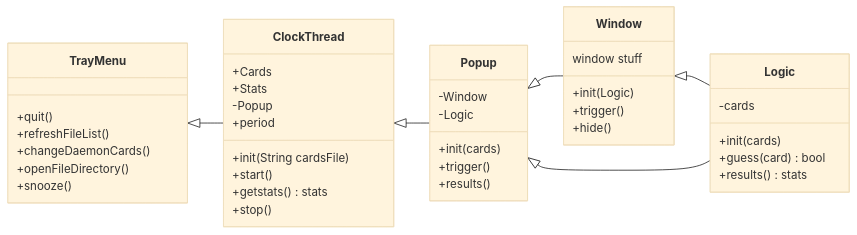
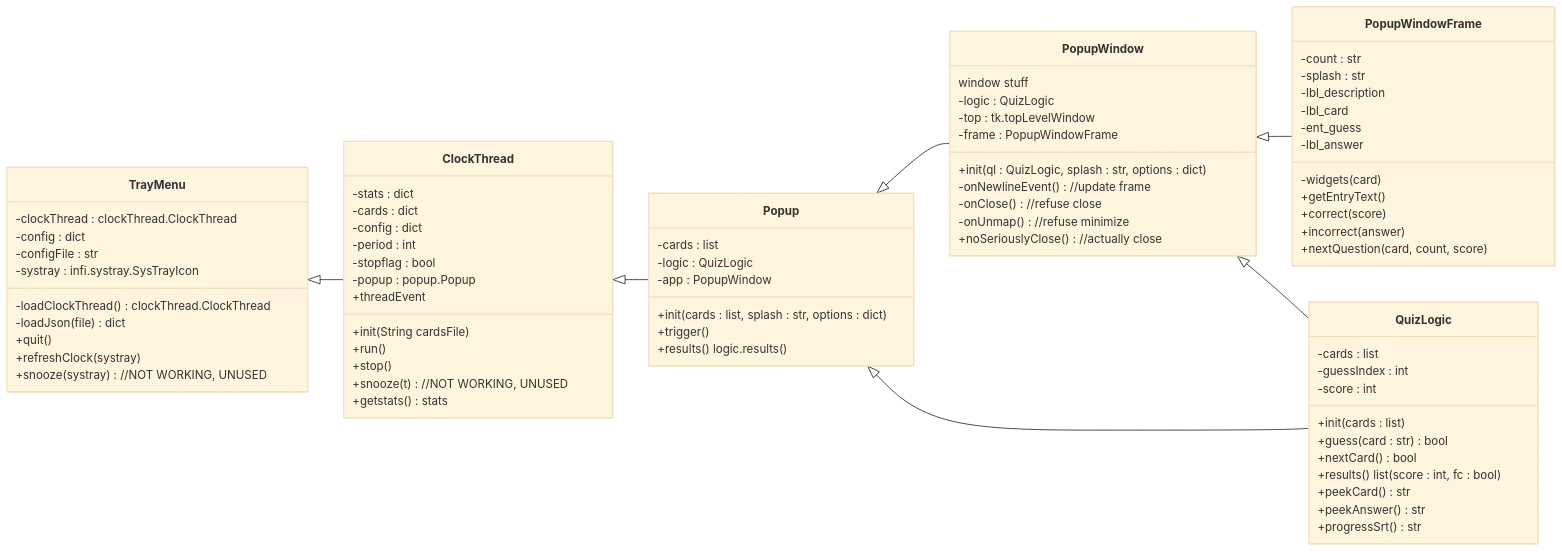
One commit to 24adamcho/sudden-flash-card-event changed the fourth of 4 diagrams in docs/classdiagram.md. Above: the diagram before and after it, drawn with Mermaid (base theme). The commit also changed other lines of this file, not shown here.

Commit message:
class diagram updated

````diff
--- a/docs/classdiagram.md
+++ b/docs/classdiagram.md
@@ -61,48 +101,88 @@
 ```mermaid
 classDiagram
 direction LR
-    class Logic{
-        -cards
-        +init(cards)
-        +guess(card) bool
-        +results() stats
+    class QuizLogic{
+        -cards : list
+        -guessIndex : int
+        -score : int
+
+        +init(cards : list)
+        +guess(card : str) bool
+        +nextCard() bool
+        +results() list (score : int, fc : bool)
+        +peekCard() str
+        +peekAnswer() str
+        +progressSrt() str
     }
-    class Window{
+    class PopupWindow{
         window stuff
-        +init(Logic)
-        +trigger()
-        +hide()
+        -logic : QuizLogic
+        -top : tk.topLevelWindow
+        -frame : PopupWindowFrame
+
+        +init(ql : QuizLogic, splash : str, options : dict)
+        -onNewlineEvent() //update frame
+        -onClose() //refuse close
+        -onUnmap() //refuse minimize
+        +noSeriouslyClose() //actually close
+    }
+    class PopupWindowFrame{
+        -count : str
+        -splash : str
+
+        -lbl_description
+        -lbl_card
+        -ent_guess
+        -lbl_answer
+        -widgets(card)
+
+        +getEntryText()
+        +correct(score)
+        +incorrect(answer)
+        +nextQuestion(card, count, score)
     }
     class Popup{
-        -Window
-        -Logic
-        +init(cards)
+        -cards : list
+        -logic : QuizLogic
+        -app : PopupWindow
+        +init(cards : list, splash : str, options : dict)
         +trigger()
-        +results()
+        +results() logic.results()
     }
 
     class ClockThread{
-        +Cards
-        +Stats
-        -Popup
-        +period
+        -stats : dict
+        -cards : dict
+        -config : dict
+        -period : int
+        -stopflag : bool
+        -popup : popup.Popup
+        +threadEvent
+        
         +init(String cardsFile)
-        +start()
+        +run()
+        +stop()
+        +snooze(t) //NOT WORKING, UNUSED
         +getstats() stats
-        +stop()
     }
 
     class TrayMenu{
+        -clockThread : clockThread.ClockThread
+        -config : dict
+        -configFile : str
+        -systray : infi.systray.SysTrayIcon
+
+        -loadClockThread() clockThread.ClockThread
+        -loadJson(file) dict
         +quit()
-        +refreshFileList()
-        +changeDaemonCards()
-        +openFileDirectory()
-        +snooze()
+        +refreshClock(systray)
+        +snooze(systray) //NOT WORKING, UNUSED
     }
 
-    Popup <|-- Window
-    Window <|-- Logic
-    Popup <|-- Logic
+    Popup <|-- PopupWindow
+    PopupWindow <|-- PopupWindowFrame
+    PopupWindow <|-- QuizLogic
+    Popup <|-- QuizLogic
 
     ClockThread<|-- Popup
     TrayMenu <|-- ClockThread
````
